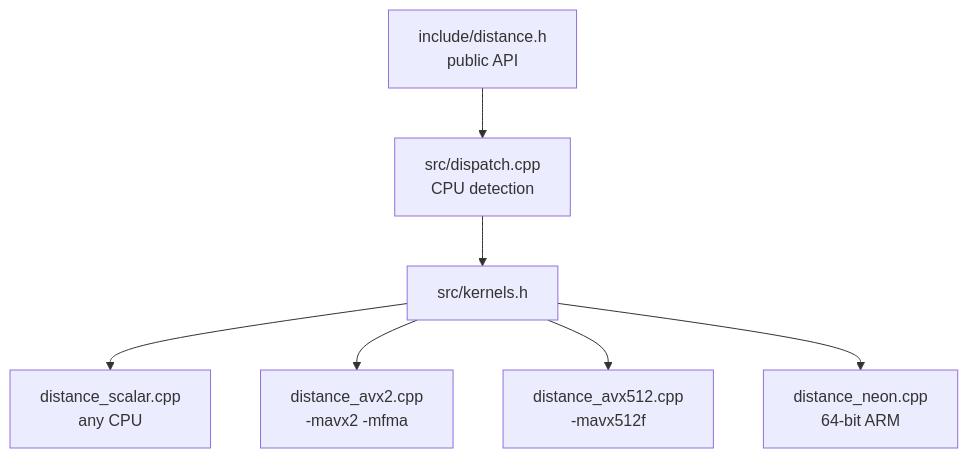
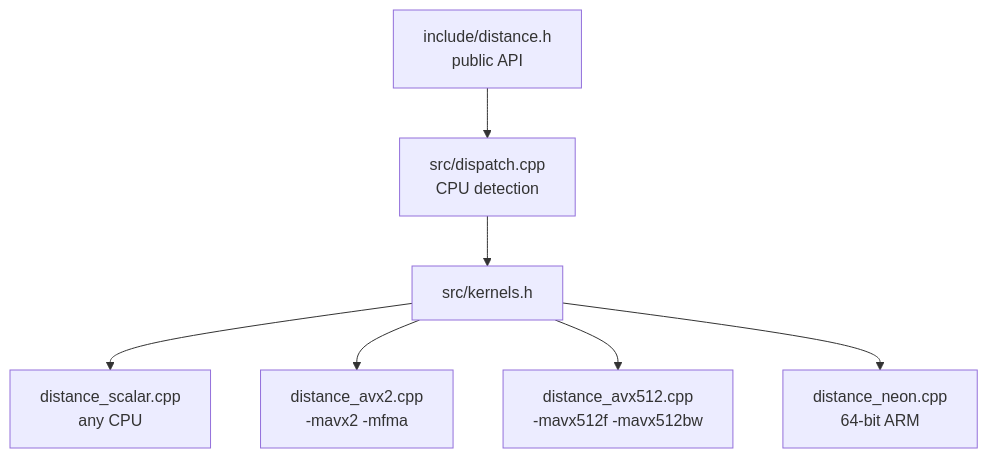
Before and after one commit to praknig/hnsw_lite: the third of 4 diagrams in docs/architecture.md, drawn with Mermaid. The commit also changed other lines of this file and 37 other files, not shown here.

````diff
--- a/docs/architecture.md
+++ b/docs/architecture.md
@@ -43,9 +43,9 @@
 ```mermaid
 flowchart TB
     D["include/distance.h<br/>public API"] --> DP["src/dispatch.cpp<br/>CPU detection"]
     DP --> K["src/kernels.h"]
     K --> SC["distance_scalar.cpp<br/>any CPU"]
     K --> A2["distance_avx2.cpp<br/>-mavx2 -mfma"]
-    K --> A5["distance_avx512.cpp<br/>-mavx512f"]
+    K --> A5["distance_avx512.cpp<br/>-mavx512f -mavx512bw"]
     K --> NE["distance_neon.cpp<br/>64-bit ARM"]
 ```
````
